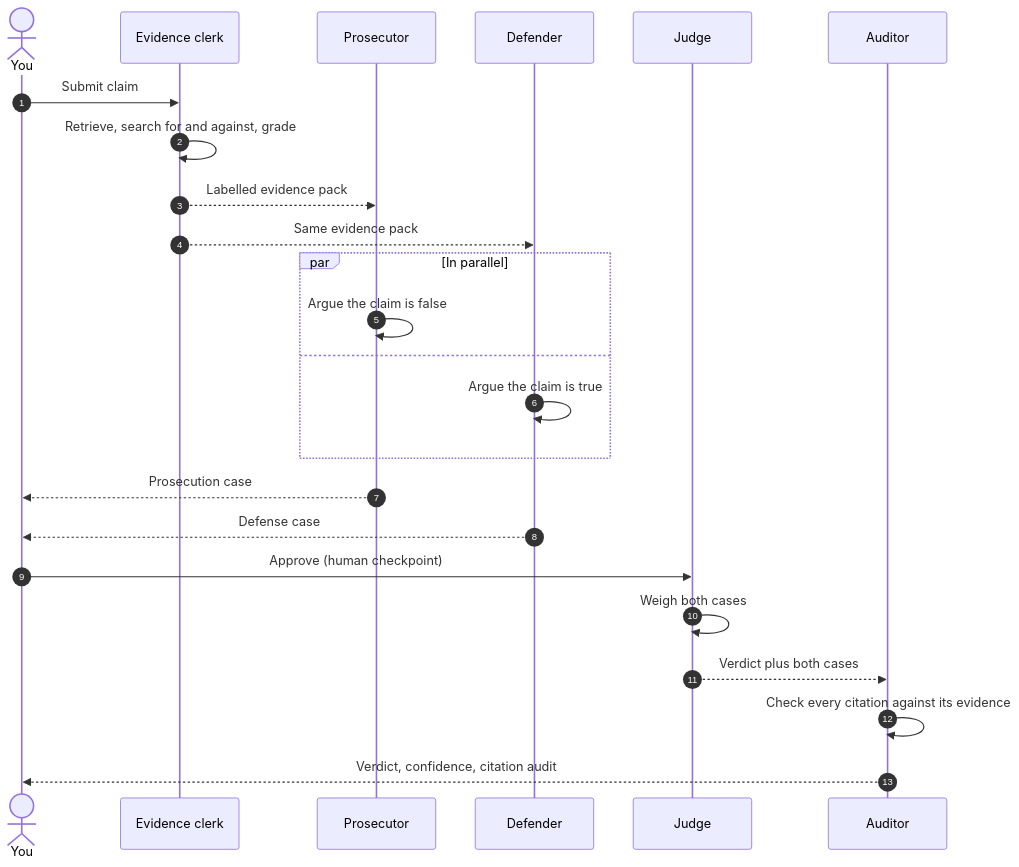
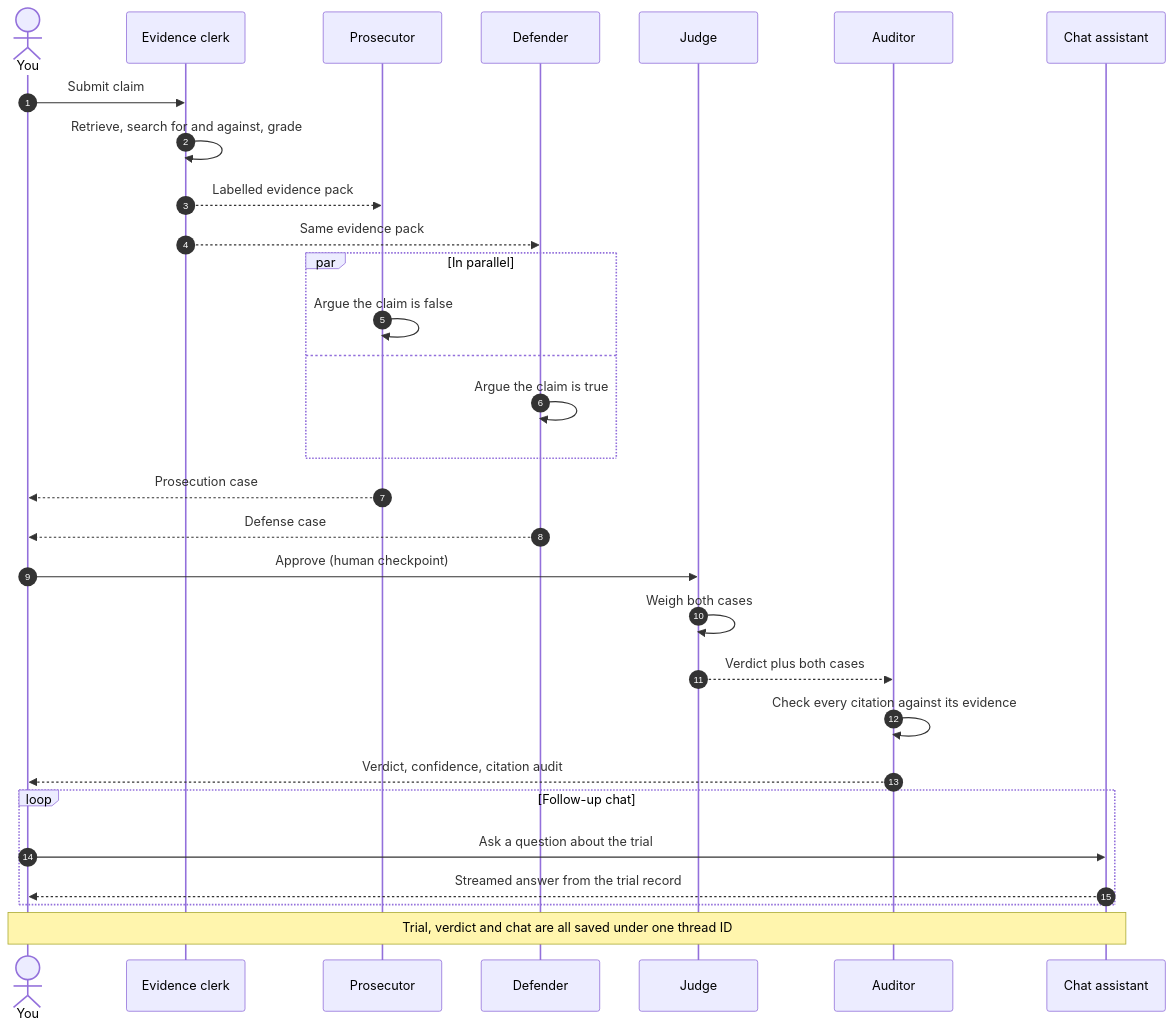
Before and after one commit to 24f2000777/claim-court: the third of 8 diagrams in README.md, drawn with Mermaid. The commit also changed other lines of this file and 1 other file, not shown here.

Commit message:
Update README for chat and conversations, broaden gitignore

````diff
--- a/README.md
+++ b/README.md
@@ -100,27 +102,33 @@
 ```mermaid
 sequenceDiagram
     autonumber
     actor U as You
     participant C as Evidence clerk
     participant P as Prosecutor
     participant D as Defender
     participant J as Judge
     participant A as Auditor
+    participant K as Chat assistant
 
     U->>C: Submit claim
     C->>C: Retrieve, search for and against, grade
     C-->>P: Labelled evidence pack
     C-->>D: Same evidence pack
     par In parallel
         P->>P: Argue the claim is false
     and
         D->>D: Argue the claim is true
     end
     P-->>U: Prosecution case
     D-->>U: Defense case
     U->>J: Approve (human checkpoint)
     J->>J: Weigh both cases
     J-->>A: Verdict plus both cases
     A->>A: Check every citation against its evidence
     A-->>U: Verdict, confidence, citation audit
+    loop Follow-up chat
+        U->>K: Ask a question about the trial
+        K-->>U: Streamed answer from the trial record
+    end
+    Note over U,K: Trial, verdict and chat are all saved under one thread ID
 ```
````
